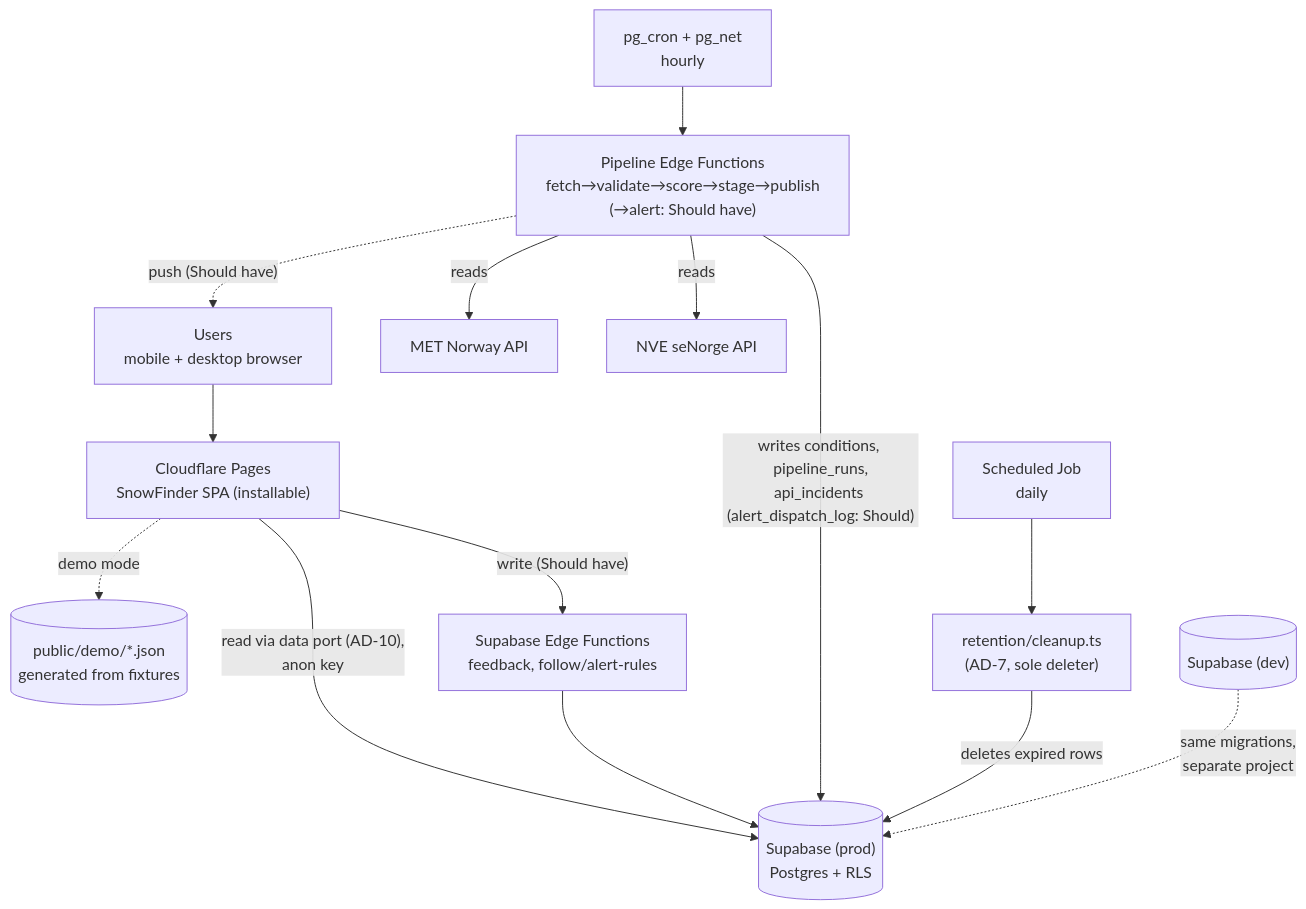
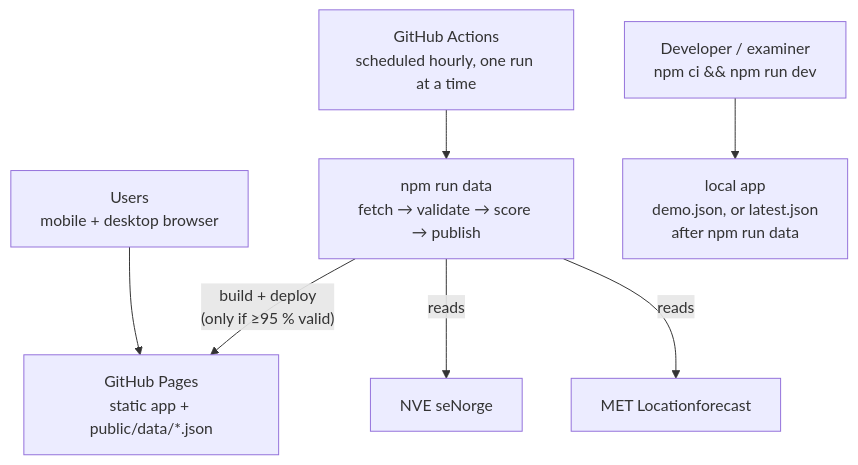
The second of 2 diagrams in project-workspace/planning-artifacts/architecture/architecture-G18-bikila-dymbe-gela-james-2026-09-22/ARCHITECTURE-SPINE.md (IBE160-2026/G18-bikila-dymbe-gela-james), drawn with Mermaid before and after one commit. The commit also changed other lines of this file and 12 other files, not shown here.

````diff
--- a/project-workspace/planning-artifacts/architecture/architecture-G18-bikila-dymbe-gela-james-2026-09-22/ARCHITECTURE-SPINE.md
+++ b/project-workspace/planning-artifacts/architecture/architecture-G18-bikila-dymbe-gela-james-2026-09-22/ARCHITECTURE-SPINE.md
@@ -373,16 +298,9 @@
 ```mermaid
 flowchart TB
-    U["Users<br/>mobile + desktop browser"] --> FE["Cloudflare Pages<br/>SnowFinder SPA (installable)"]
-    FE -- "read via data port (AD-10),<br/>anon key" --> SB[("Supabase (prod)<br/>Postgres + RLS")]
-    FE -. "demo mode" .-> DEMO[("public/demo/*.json<br/>generated from fixtures")]
-    FE -- "write (Should have)" --> EF["Supabase Edge Functions<br/>feedback, follow/alert-rules"]
-    EF --> SB
-    CRON["pg_cron + pg_net<br/>hourly"] --> PIPE["Pipeline Edge Functions<br/>fetch→validate→score→stage→publish<br/>(→alert: Should have)"]
-    PIPE -- "reads" --> MET["MET Norway API"]
-    PIPE -- "reads" --> NVE["NVE seNorge API"]
-    PIPE -- "writes conditions, pipeline_runs,<br/>api_incidents (alert_dispatch_log: Should)" --> SB
-    PIPE -. "push (Should have)" .-> U
-    RCRON["Scheduled Job<br/>daily"] --> RET["retention/cleanup.ts<br/>(AD-7, sole deleter)"]
-    RET -- "deletes expired rows" --> SB
-    DEV[("Supabase (dev)")] -.->|"same migrations,<br/>separate project"| SB
+    U["Users<br/>mobile + desktop browser"] --> PAGES["GitHub Pages<br/>static app + public/data/*.json"]
+    CRON["GitHub Actions<br/>scheduled hourly, one run at a time"] --> RUN["npm run data<br/>fetch → validate → score → publish"]
+    RUN -- "reads" --> MET["MET Locationforecast"]
+    RUN -- "reads" --> NVE["NVE seNorge"]
+    RUN -- "build + deploy<br/>(only if ≥95 % valid)" --> PAGES
+    DEV["Developer / examiner<br/>npm ci && npm run dev"] --> LOCAL["local app<br/>demo.json, or latest.json<br/>after npm run data"]
 ```
````
